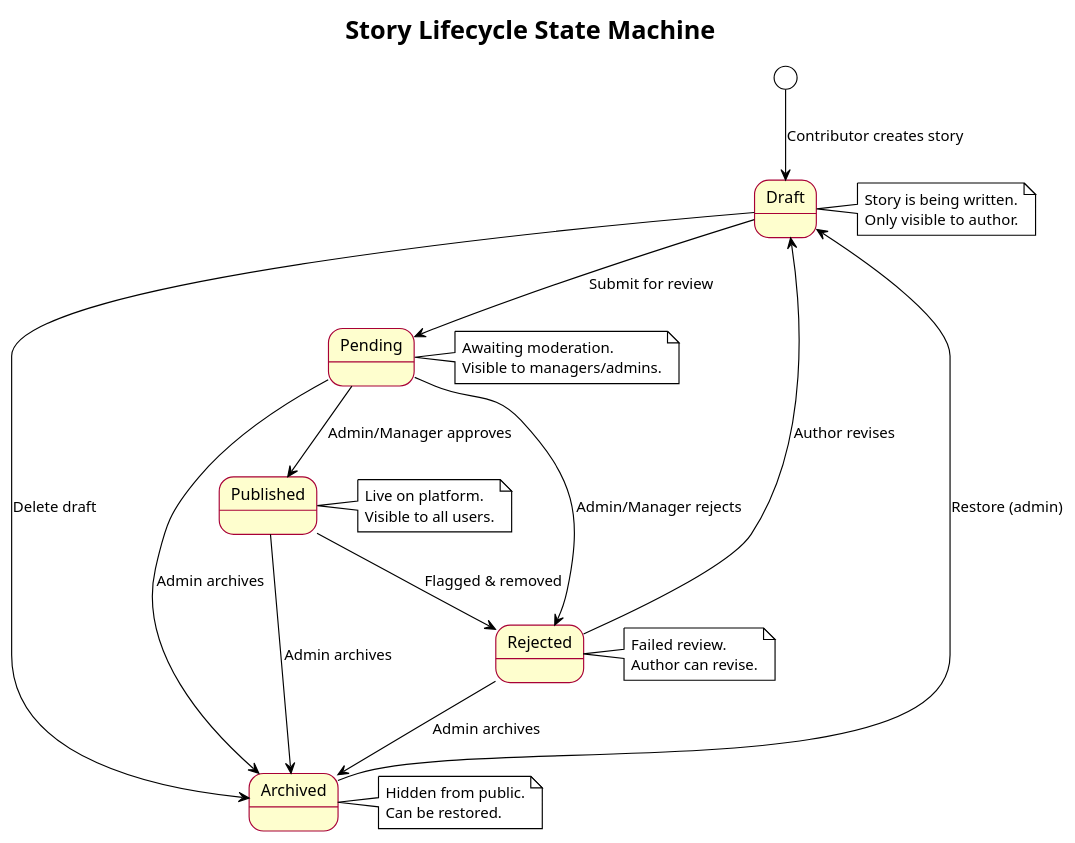
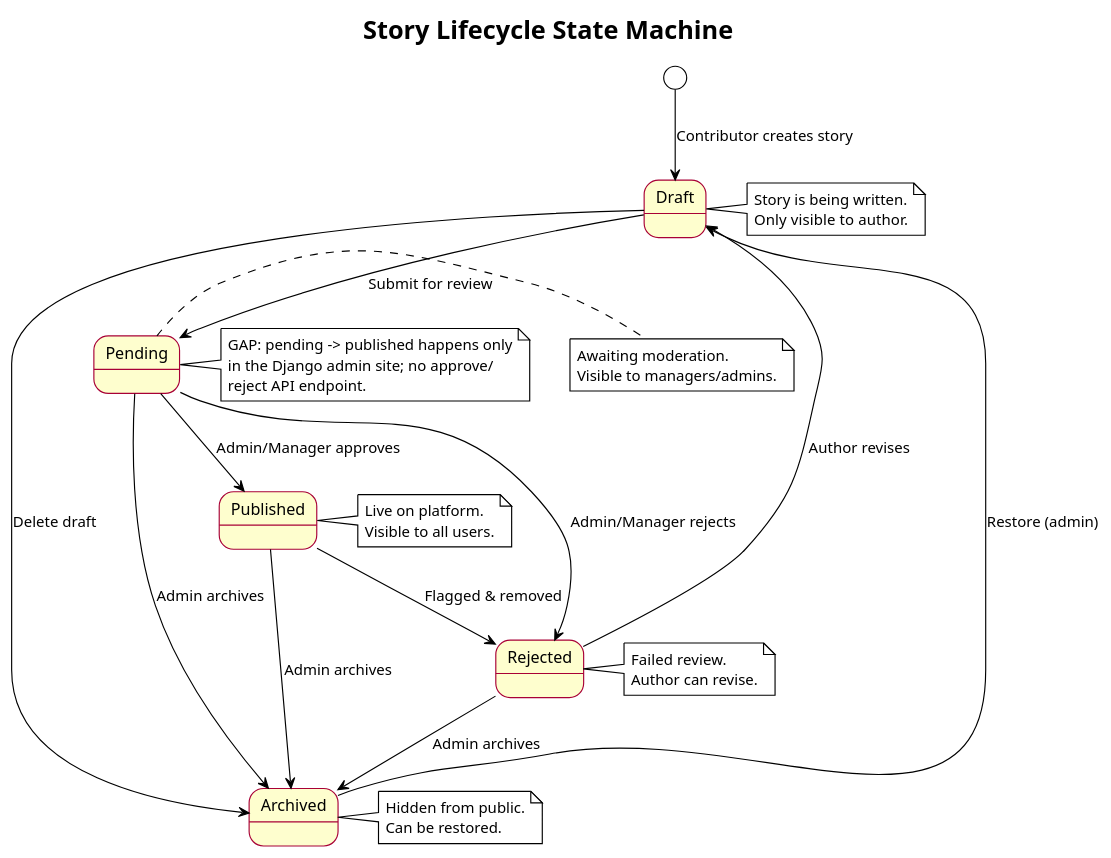
Before and after one commit to fabiljayson/Griot-2.0: the second of 7 diagrams in docs/diagrams/plantuml/06-state-diagram.puml, drawn with PlantUML. The commit also changed other lines of this file and 87 other files, not shown here.

```diff
--- a/docs/diagrams/plantuml/06-state-diagram.puml
+++ b/docs/diagrams/plantuml/06-state-diagram.puml
@@ -31,33 +31,39 @@
 @startuml Story Lifecycle State Machine
 !theme plain
 skinparam state {
   BackgroundColor #FEFECE
   BorderColor #A80036
 }
 
 title Story Lifecycle State Machine
 
 [*] --> Draft : Contributor creates story
 
 Draft --> Pending : Submit for review
 Draft --> Archived : Delete draft
 
 Pending --> Published : Admin/Manager approves
 Pending --> Rejected : Admin/Manager rejects
 Pending --> Archived : Admin archives
 
 Published --> Archived : Admin archives
 Published --> Rejected : Flagged & removed
 
 Rejected --> Draft : Author revises
 Rejected --> Archived : Admin archives
 
 Archived --> Draft : Restore (admin)
 
 note right of Draft : Story is being written.\nOnly visible to author.
 note right of Pending : Awaiting moderation.\nVisible to managers/admins.
 note right of Published : Live on platform.\nVisible to all users.
 note right of Rejected : Failed review.\nAuthor can revise.
 note right of Archived : Hidden from public.\nCan be restored.
 
+note right of Pending
+  GAP: pending -> published happens only
+  in the Django admin site; no approve/
+  reject API endpoint.
+end note
+
 @enduml
```
